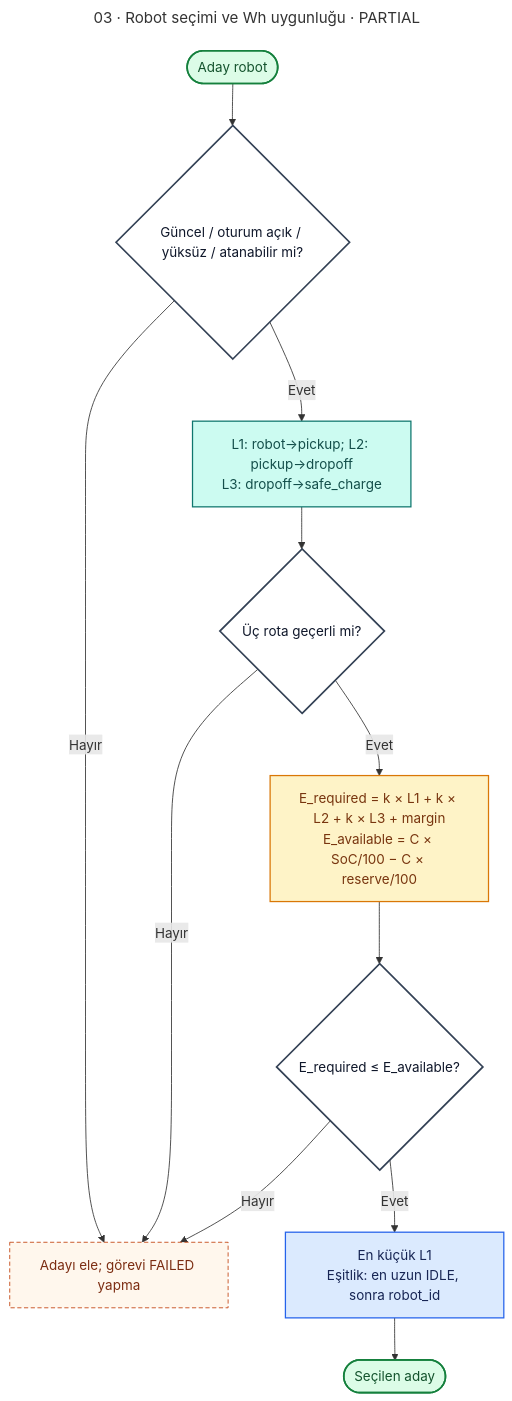
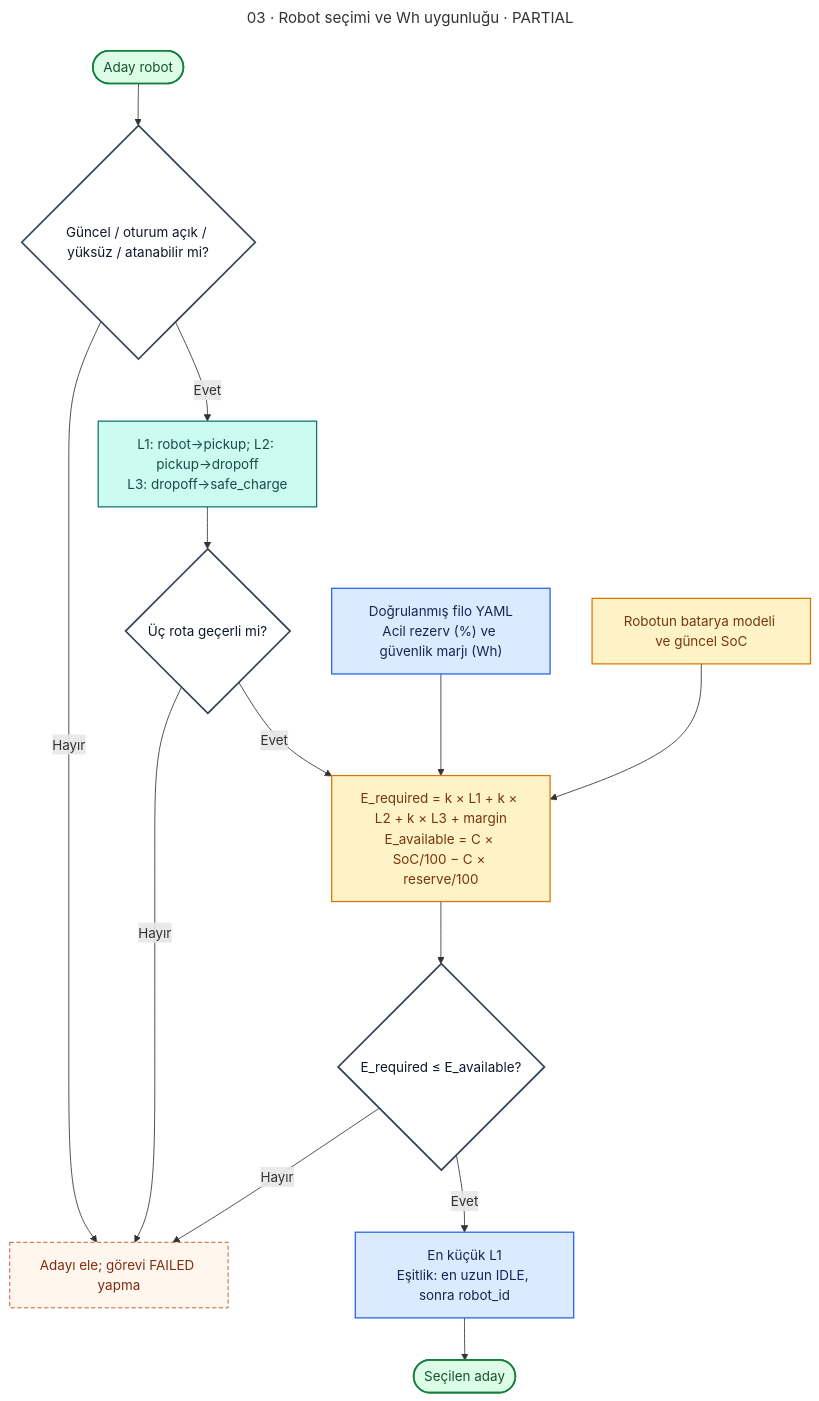
One commit to m-gnr/ros2-fleet-manager changed the third of 18 diagrams in docs/diagrams/README.md. Above: the diagram before and after it, drawn with Mermaid. The commit also changed other lines of this file and 19 other files, not shown here.

````diff
--- a/docs/diagrams/README.md
+++ b/docs/diagrams/README.md
@@ -191,27 +191,29 @@
 ```mermaid
 ---
 title: "03 · Robot seçimi ve Wh uygunluğu · PARTIAL"
 ---
 flowchart TD
  A(["Aday robot"]):::terminal --> F{"Güncel / oturum açık / yüksüz / atanabilir mi?"}:::decision
  F -->|"Hayır"| NO["Adayı ele; görevi FAILED yapma"]:::wait
  F -->|"Evet"| L["L1: robot→pickup; L2: pickup→dropoff<br/>L3: dropoff→safe_charge"]:::nav
  L --> R{"Üç rota geçerli mi?"}:::decision
  R -->|"Hayır"| NO
  R -->|"Evet"| EN["E_required = k × L1 + k × L2 + k × L3 + margin<br/>E_available = C × SoC/100 − C × reserve/100"]:::battery
+ P["Doğrulanmış filo YAML<br/>Acil rezerv (%) ve güvenlik marjı (Wh)"]:::fm --> EN
+ B["Robotun batarya modeli ve güncel SoC"]:::battery --> EN
  EN --> OK{"E_required ≤ E_available?"}:::decision
  OK -->|"Hayır"| NO
  OK -->|"Evet"| SORT["En küçük L1<br/>Eşitlik: en uzun IDLE, sonra robot_id"]:::fm
  SORT --> OUT(["Seçilen aday"]):::terminal
 
  classDef fm fill:#dbeafe,stroke:#2563eb,color:#172554,stroke-width:1.5px;
  classDef executor fill:#ede9fe,stroke:#7c3aed,color:#2e1065,stroke-width:1.5px;
  classDef nav fill:#ccfbf1,stroke:#0f766e,color:#134e4a,stroke-width:1.5px;
  classDef battery fill:#fef3c7,stroke:#d97706,color:#78350f,stroke-width:1.5px;
  classDef db fill:#e2e8f0,stroke:#475569,color:#0f172a,stroke-width:1.5px;
  classDef ui fill:#fce7f3,stroke:#be185d,color:#831843,stroke-width:1.5px;
  classDef decision fill:#fff,stroke:#334155,color:#0f172a,stroke-width:2px;
  classDef error fill:#fee2e2,stroke:#dc2626,color:#7f1d1d,stroke-width:2px;
  classDef wait fill:#fff7ed,stroke:#c2410c,color:#7c2d12,stroke-dasharray:5 3;
  classDef terminal fill:#dcfce7,stroke:#15803d,color:#14532d,stroke-width:2px;
 ```
````
